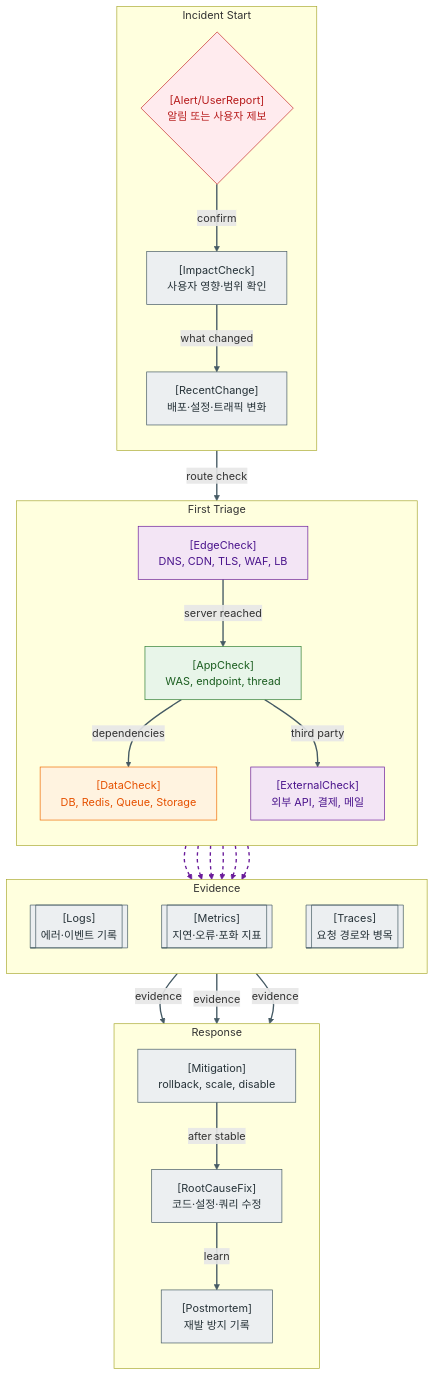
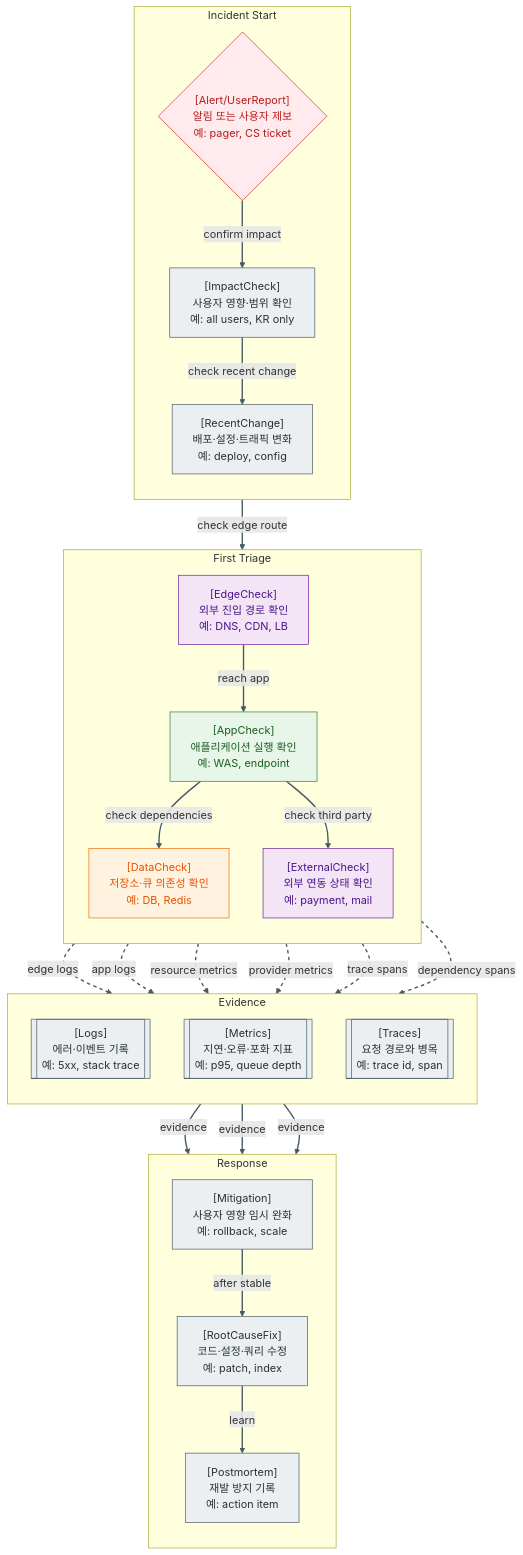
Before and after one commit to thisis-joe/thisis-joe.github.io: the diagram in content/Web-지도/16. 실전 장애 점검 체크리스트 지도.md, drawn with Mermaid. The commit also changed other lines of this file and 595 other files, not shown here.

````diff
--- a/content/Web-지도/16. 실전 장애 점검 체크리스트 지도.md
+++ b/content/Web-지도/16. 실전 장애 점검 체크리스트 지도.md
@@ -14,65 +14,65 @@
 ```mermaid
 flowchart TB
 
 subgraph START["Incident Start"]
 direction TB
-ALERT{"[Alert/UserReport]<br/>알림 또는 사용자 제보"}
-IMPACT["[ImpactCheck]<br/>사용자 영향·범위 확인"]
-CHANGE["[RecentChange]<br/>배포·설정·트래픽 변화"]
+ALERT{"[Alert/UserReport]<br/>알림 또는 사용자 제보<br/>예: pager, CS ticket"}
+IMPACT["[ImpactCheck]<br/>사용자 영향·범위 확인<br/>예: all users, KR only"]
+CHANGE["[RecentChange]<br/>배포·설정·트래픽 변화<br/>예: deploy, config"]
 end
 
 subgraph TRIAGE["First Triage"]
 direction TB
-EDGE["[EdgeCheck]<br/>DNS, CDN, TLS, WAF, LB"]
-APP["[AppCheck]<br/>WAS, endpoint, thread"]
-DATA["[DataCheck]<br/>DB, Redis, Queue, Storage"]
-EXTERNAL["[ExternalCheck]<br/>외부 API, 결제, 메일"]
+EDGE["[EdgeCheck]<br/>외부 진입 경로 확인<br/>예: DNS, CDN, LB"]
+APP["[AppCheck]<br/>애플리케이션 실행 확인<br/>예: WAS, endpoint"]
+DATA["[DataCheck]<br/>저장소·큐 의존성 확인<br/>예: DB, Redis"]
+EXTERNAL["[ExternalCheck]<br/>외부 연동 상태 확인<br/>예: payment, mail"]
 end
 
 subgraph OBSERVE["Evidence"]
 direction TB
-LOGS[["[Logs]<br/>에러·이벤트 기록"]]
-METRICS[["[Metrics]<br/>지연·오류·포화 지표"]]
-TRACES[["[Traces]<br/>요청 경로와 병목"]]
+LOGS[["[Logs]<br/>에러·이벤트 기록<br/>예: 5xx, stack trace"]]
+METRICS[["[Metrics]<br/>지연·오류·포화 지표<br/>예: p95, queue depth"]]
+TRACES[["[Traces]<br/>요청 경로와 병목<br/>예: trace id, span"]]
 end
 
 subgraph RESPONSE["Response"]
 direction TB
-MITIGATE["[Mitigation]<br/>rollback, scale, disable"]
-FIX["[RootCauseFix]<br/>코드·설정·쿼리 수정"]
-POST["[Postmortem]<br/>재발 방지 기록"]
+MITIGATE["[Mitigation]<br/>사용자 영향 임시 완화<br/>예: rollback, scale"]
+FIX["[RootCauseFix]<br/>코드·설정·쿼리 수정<br/>예: patch, index"]
+POST["[Postmortem]<br/>재발 방지 기록<br/>예: action item"]
 end
 
-ALERT -->|confirm| IMPACT
-IMPACT -->|what changed| CHANGE
-CHANGE -->|route check| EDGE
-EDGE -->|server reached| APP
-APP -->|dependencies| DATA
-APP -->|third party| EXTERNAL
-EDGE -.-> LOGS
-APP -.-> LOGS
-DATA -.-> METRICS
-EXTERNAL -.-> METRICS
-APP -.-> TRACES
-DATA -.-> TRACES
+ALERT -->|confirm impact| IMPACT
+IMPACT -->|check recent change| CHANGE
+CHANGE -->|check edge route| EDGE
+EDGE -->|reach app| APP
+APP -->|check dependencies| DATA
+APP -->|check third party| EXTERNAL
+EDGE -.->|edge logs| LOGS
+APP -.->|app logs| LOGS
+DATA -.->|resource metrics| METRICS
+EXTERNAL -.->|provider metrics| METRICS
+APP -.->|trace spans| TRACES
+DATA -.->|dependency spans| TRACES
 LOGS -->|evidence| MITIGATE
 METRICS -->|evidence| MITIGATE
 TRACES -->|evidence| MITIGATE
 MITIGATE -->|after stable| FIX
 FIX -->|learn| POST
 
 classDef alert fill:#FFEBEE,stroke:#C62828,color:#B71C1C;
 classDef ops fill:#ECEFF1,stroke:#455A64,color:#263238;
 classDef server fill:#E8F5E9,stroke:#2E7D32,color:#1B5E20;
 classDef data fill:#FFF3E0,stroke:#EF6C00,color:#E65100;
 classDef event fill:#F3E5F5,stroke:#6A1B9A,color:#4A148C;
 
 class ALERT alert;
 class IMPACT,CHANGE,MITIGATE,FIX,POST,LOGS,METRICS,TRACES ops;
 class APP server;
 class DATA data;
 class EDGE,EXTERNAL event;
 
 linkStyle 0,1,2,3,4,5,12,13,14,15,16 stroke:#455A64,stroke-width:2px;
-linkStyle 6,7,8,9,10,11 stroke:#6A1B9A,stroke-width:2px,stroke-dasharray:5 5;
+linkStyle 6,7,8,9,10,11 stroke:#455A64,stroke-width:2px,stroke-dasharray:5 5;
 ```
````
